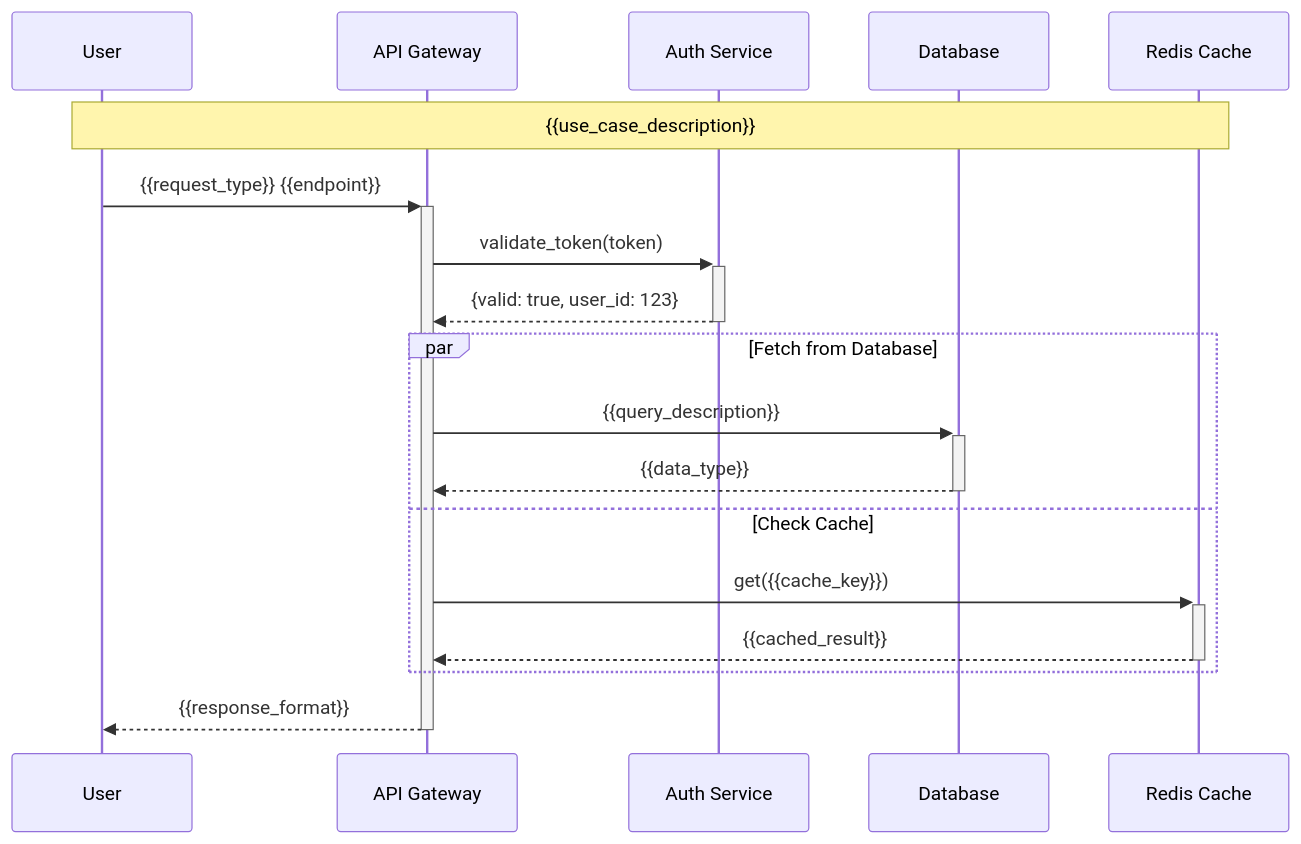
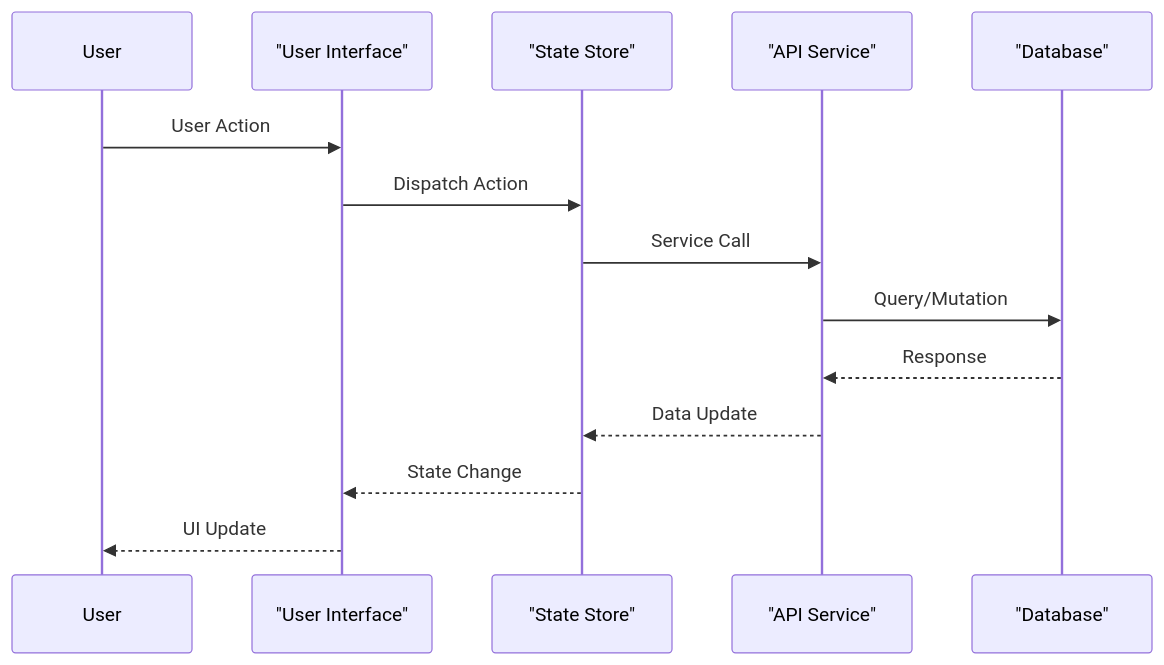
One commit to xincheng213618/OpenDeepWiki changed the second of 5 diagrams in src/KoalaWiki/Prompts/Warehouse/GenerateDocsDocumentation.md. Above: the diagram before and after it, drawn with Mermaid. The commit also changed other lines of this file and 7 other files, not shown here.

````diff
--- a/src/KoalaWiki/Prompts/Warehouse/GenerateDocsDocumentation.md
+++ b/src/KoalaWiki/Prompts/Warehouse/GenerateDocsDocumentation.md
@@ -153,24 +122,17 @@
 ```mermaid
 sequenceDiagram
-    participant U as User
-    participant API as API Gateway
-    participant Auth as Auth Service
-    participant DB as Database
-    participant Cache as Redis Cache
+    participant User
+    participant UI as "User Interface"
+    participant Store as "State Store"
+    participant API as "API Service"
+    participant DB as "Database"
     
-    Note over U,Cache: {{use_case_description}}
-    
-    U->>+API: {{request_type}} {{endpoint}}
-    API->>+Auth: validate_token(token)
-    Auth-->>-API: {valid: true, user_id: 123}
-    
-    par Fetch from Database
-        API->>+DB: {{query_description}}
-        DB-->>-API: {{data_type}}
-    and Check Cache
-        API->>+Cache: get({{cache_key}})
-        Cache-->>-API: {{cached_result}}
-    end
-    
-    API-->>-U: {{response_format}}
+    User->>UI: User Action
+    UI->>Store: Dispatch Action
+    Store->>API: Service Call
+    API->>DB: Query/Mutation
+    DB-->>API: Response
+    API-->>Store: Data Update
+    Store-->>UI: State Change
+    UI-->>User: UI Update
 ```
````
